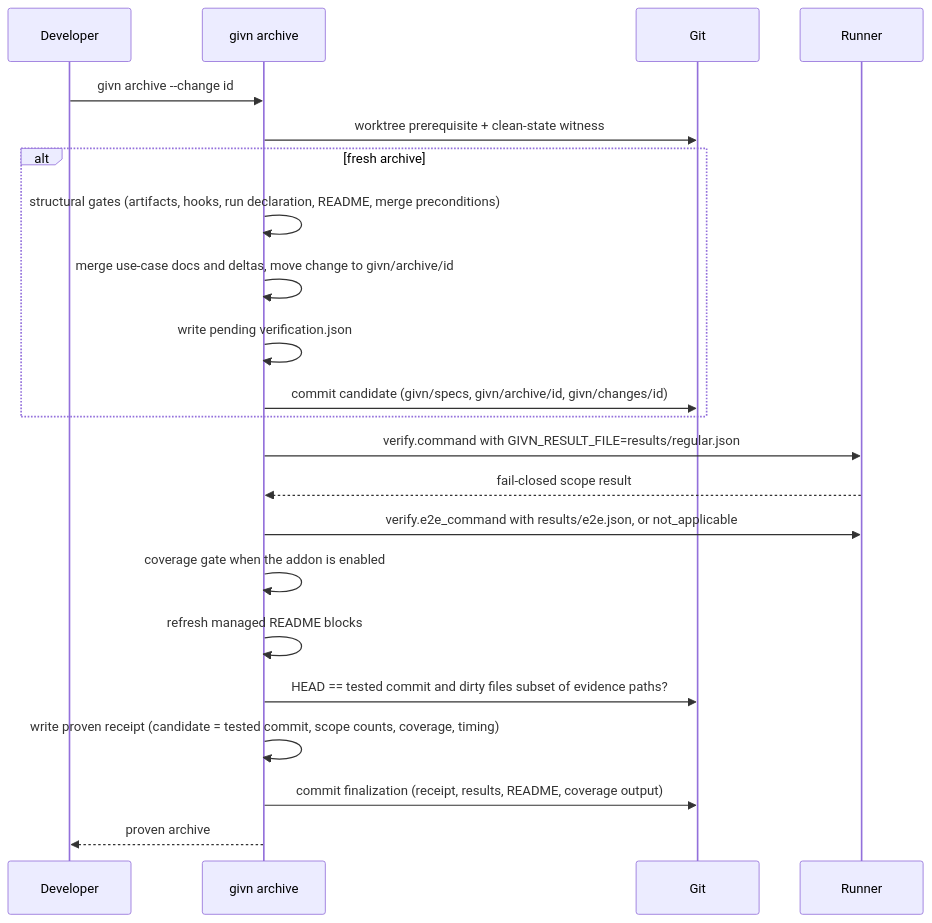
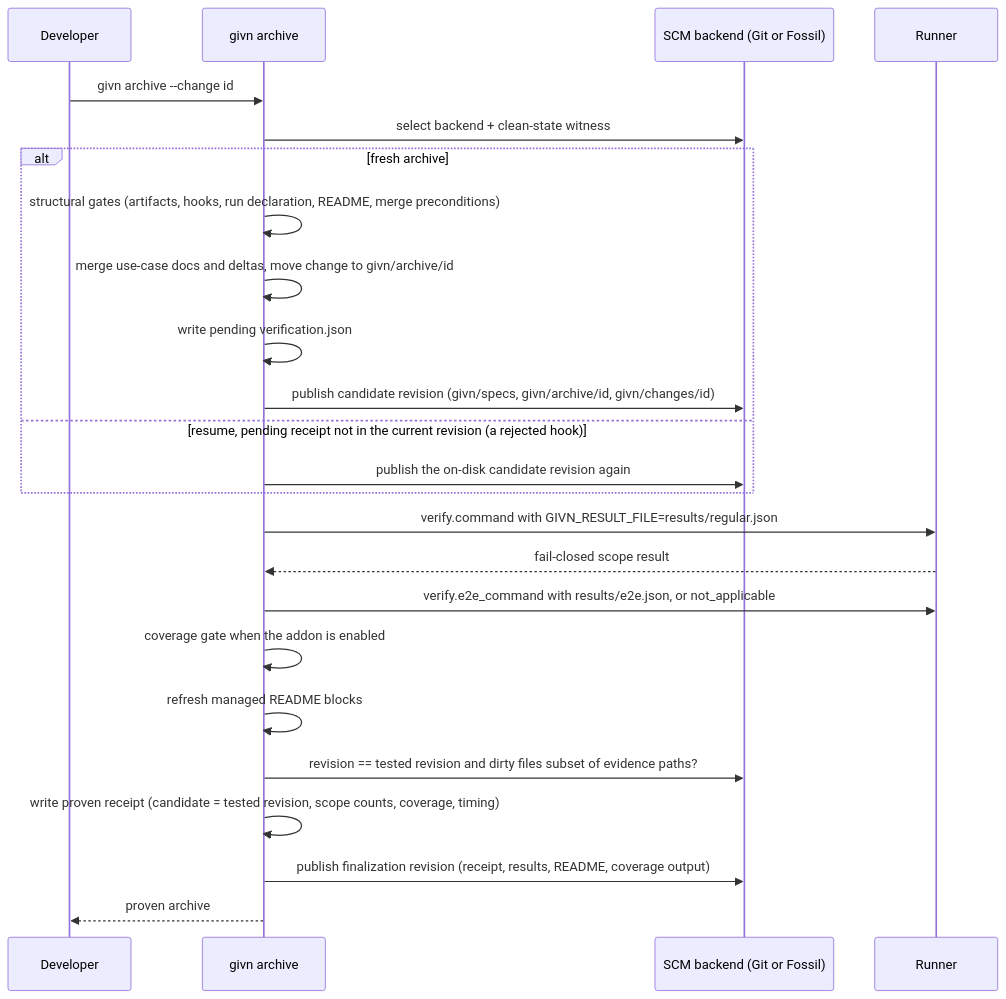
Before and after one commit to buster/givn: the first of 3 diagrams in docs/arc42/06-runtime-view.md, drawn with Mermaid. The commit also changed other lines of this file and 23 other files, not shown here.

Commit message:
docs(archive-change): record the plan and architecture impact

````diff
--- a/docs/arc42/06-runtime-view.md
+++ b/docs/arc42/06-runtime-view.md
@@ -207,24 +208,26 @@
 ```mermaid
 sequenceDiagram
     participant D as Developer
     participant A as givn archive
-    participant G as Git
+    participant S as SCM backend (Git or Fossil)
     participant R as Runner
     D->>A: givn archive --change id
-    A->>G: worktree prerequisite + clean-state witness
+    A->>S: select backend + clean-state witness
     alt fresh archive
         A->>A: structural gates (artifacts, hooks, run declaration, README, merge preconditions)
         A->>A: merge use-case docs and deltas, move change to givn/archive/id
         A->>A: write pending verification.json
-        A->>G: commit candidate (givn/specs, givn/archive/id, givn/changes/id)
+        A->>S: publish candidate revision (givn/specs, givn/archive/id, givn/changes/id)
+    else resume, pending receipt not in the current revision (a rejected hook)
+        A->>S: publish the on-disk candidate revision again
     end
     A->>R: verify.command with GIVN_RESULT_FILE=results/regular.json
     R-->>A: fail-closed scope result
     A->>R: verify.e2e_command with results/e2e.json, or not_applicable
     A->>A: coverage gate when the addon is enabled
     A->>A: refresh managed README blocks
-    A->>G: HEAD == tested commit and dirty files subset of evidence paths?
-    A->>A: write proven receipt (candidate = tested commit, scope counts, coverage, timing)
-    A->>G: commit finalization (receipt, results, README, coverage output)
+    A->>S: revision == tested revision and dirty files subset of evidence paths?
+    A->>A: write proven receipt (candidate = tested revision, scope counts, coverage, timing)
+    A->>S: publish finalization revision (receipt, results, README, coverage output)
     A-->>D: proven archive
 ```
````
